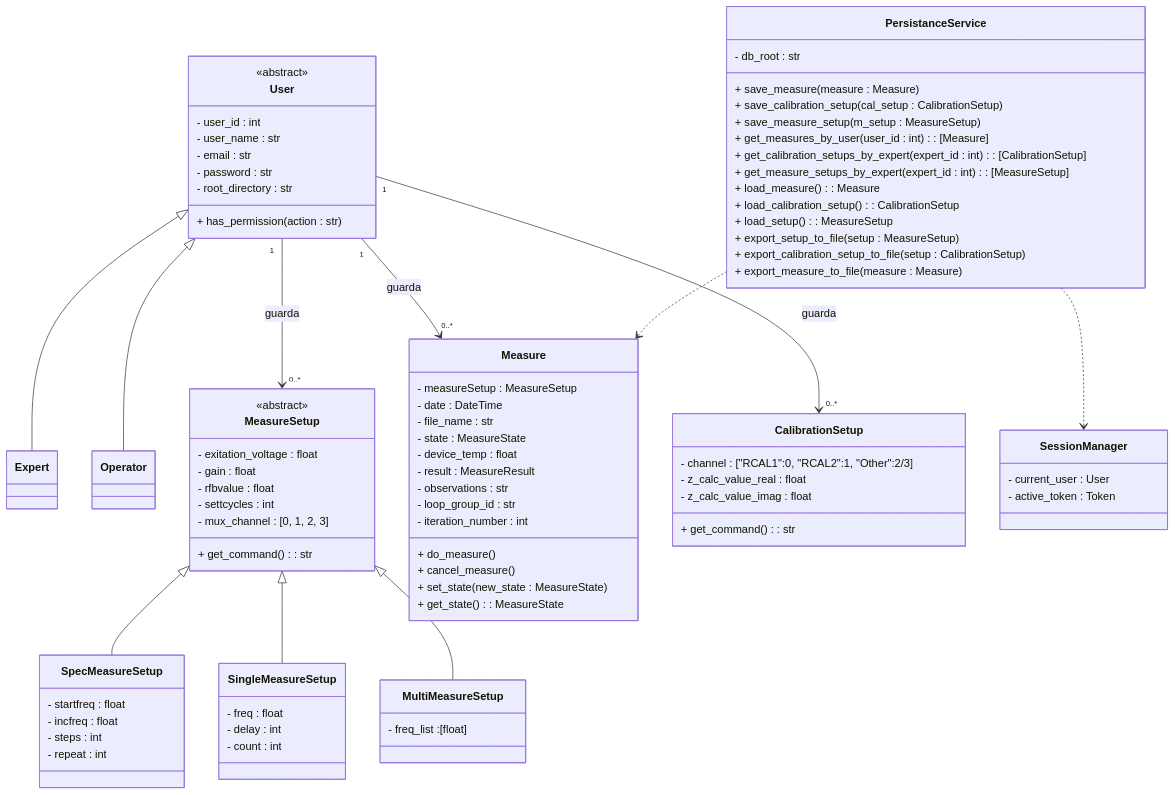
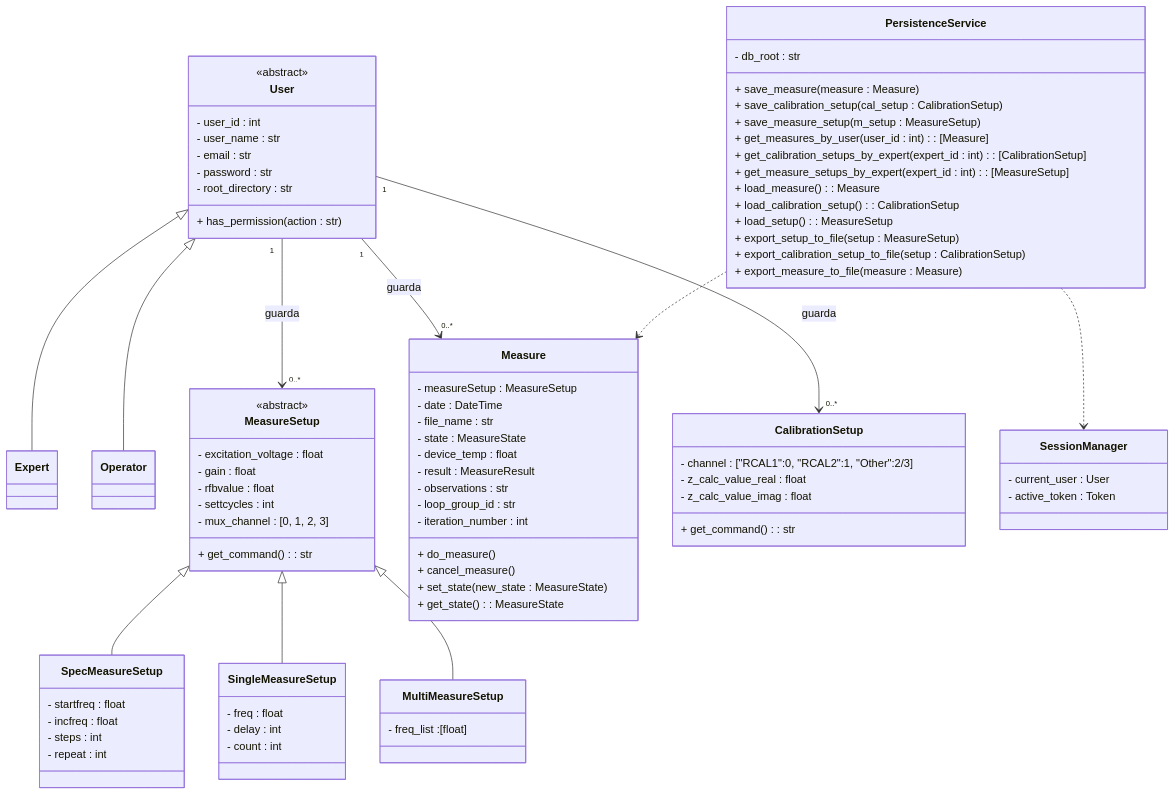
Before and after one commit to alegrelias/Repo-GMini: diagram 17 of 22 in Gmini-MarkDown/Guanaco Mini.md, drawn with Mermaid. The commit also changed other lines of this file, not shown here.

````diff
--- a/Gmini-MarkDown/Guanaco Mini.md
+++ b/Gmini-MarkDown/Guanaco Mini.md
@@ -1768,7 +1782,7 @@
 
 class MeasureSetup {
 		<<abstract>>
-		- exitation_voltage : float
+		- excitation_voltage : float
 		- gain : float
 		- rfbvalue : float
 		- settcycles : int
@@ -1797,7 +1811,7 @@
 	+ get_command() : str
 }
 
-class PersistanceService{
+class PersistenceService{
 	- db_root : str
 	  
 	%% operaciones en db
@@ -1827,6 +1841,6 @@
 User "1"-->"0..*" MeasureSetup : guarda
 User "1"-->"0..*" CalibrationSetup : guarda
 
-PersistanceService ..> Measure
-PersistanceService ..> SessionManager
+PersistenceService ..> Measure
+PersistenceService ..> SessionManager
 ```
````
